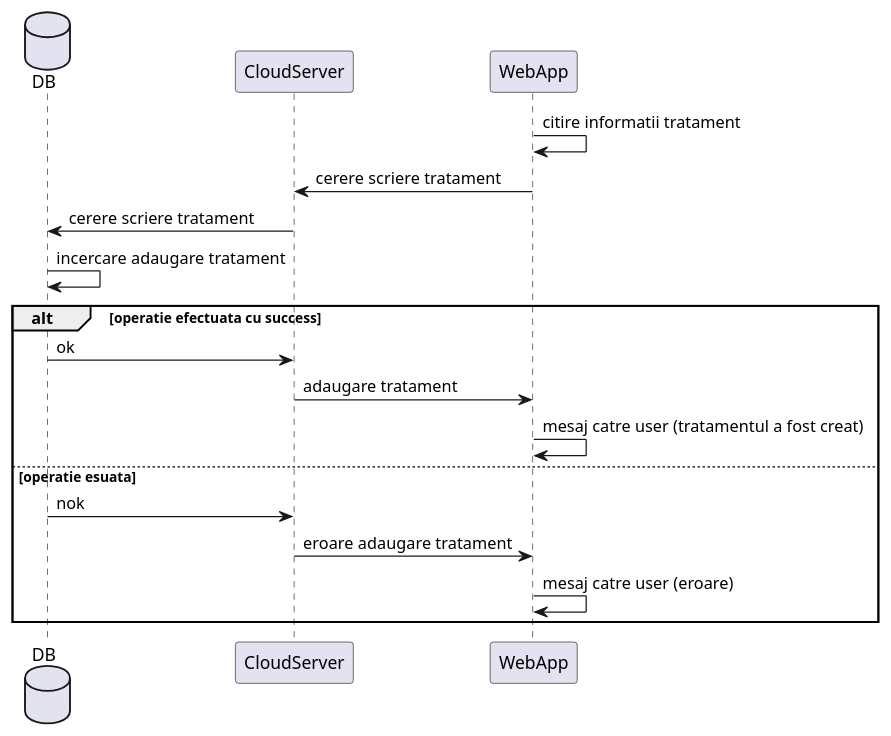
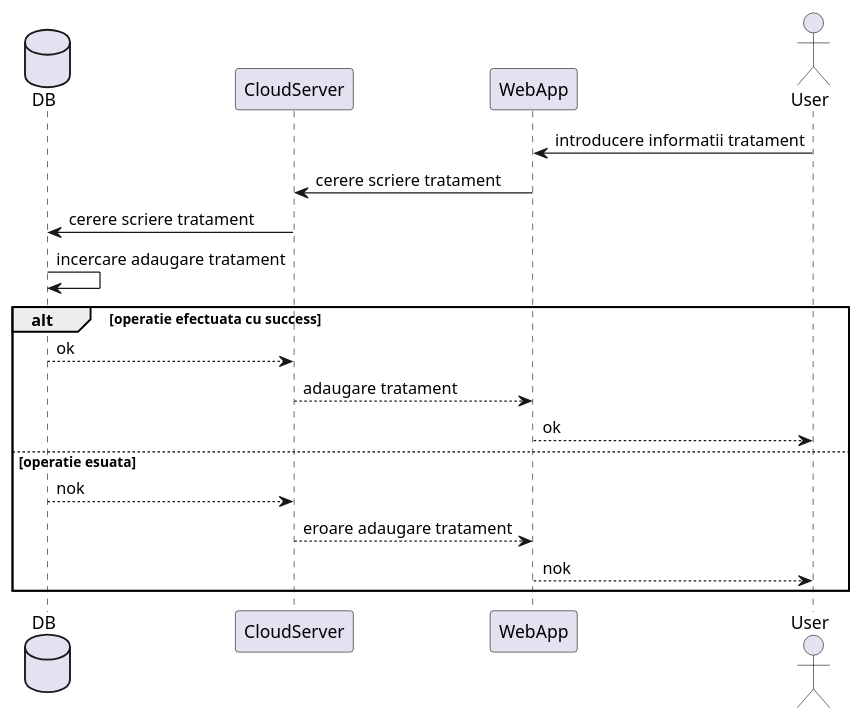
Before and after one commit to BVasi/ProiectIP: the diagram in Sequence_DG/WebApp/informatii_tratament.plantuml, drawn with PlantUML. The commit also changed 10 other files, not shown here.

```diff
--- a/Sequence_DG/WebApp/informatii_tratament.plantuml
+++ b/Sequence_DG/WebApp/informatii_tratament.plantuml
@@ -1,23 +1,23 @@
 @startuml informatii_tratament
 
 database DB
 participant CloudServer
 participant WebApp
+actor User
 
-WebApp -> WebApp: citire informatii tratament
+User -> WebApp: introducere informatii tratament
 WebApp -> CloudServer: cerere scriere tratament
 CloudServer -> DB: cerere scriere tratament
 DB -> DB: incercare adaugare tratament
 
 alt operatie efectuata cu success
- DB -> CloudServer: ok
-       CloudServer -> WebApp: adaugare tratament
-       WebApp -> WebApp: mesaj catre user (tratamentul a fost creat)
-   else operatie esuata
-       DB -> CloudServer: nok
-       CloudServer -> WebApp: eroare adaugare tratament
-       WebApp -> WebApp: mesaj catre user (eroare)
-
+    DB --> CloudServer: ok
+    CloudServer --> WebApp: adaugare tratament
+    WebApp --> User: ok
+else operatie esuata
+    DB --> CloudServer: nok
+    CloudServer --> WebApp: eroare adaugare tratament
+    WebApp --> User: nok
 end
 
 @enduml
```
